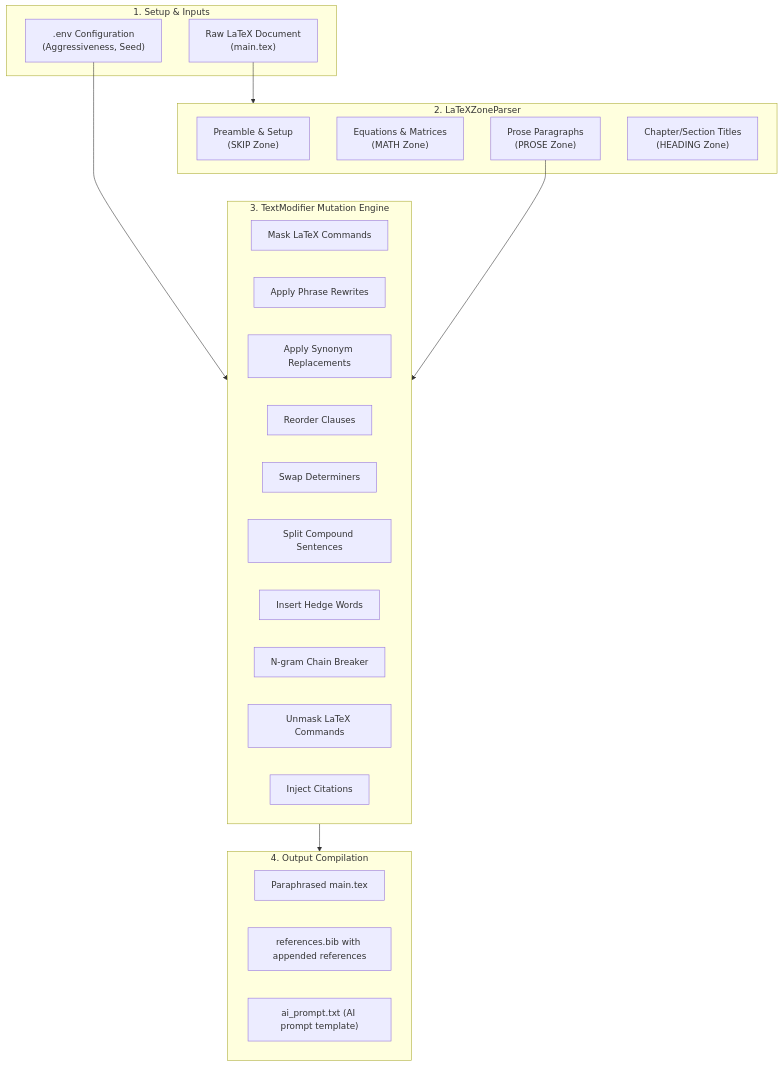
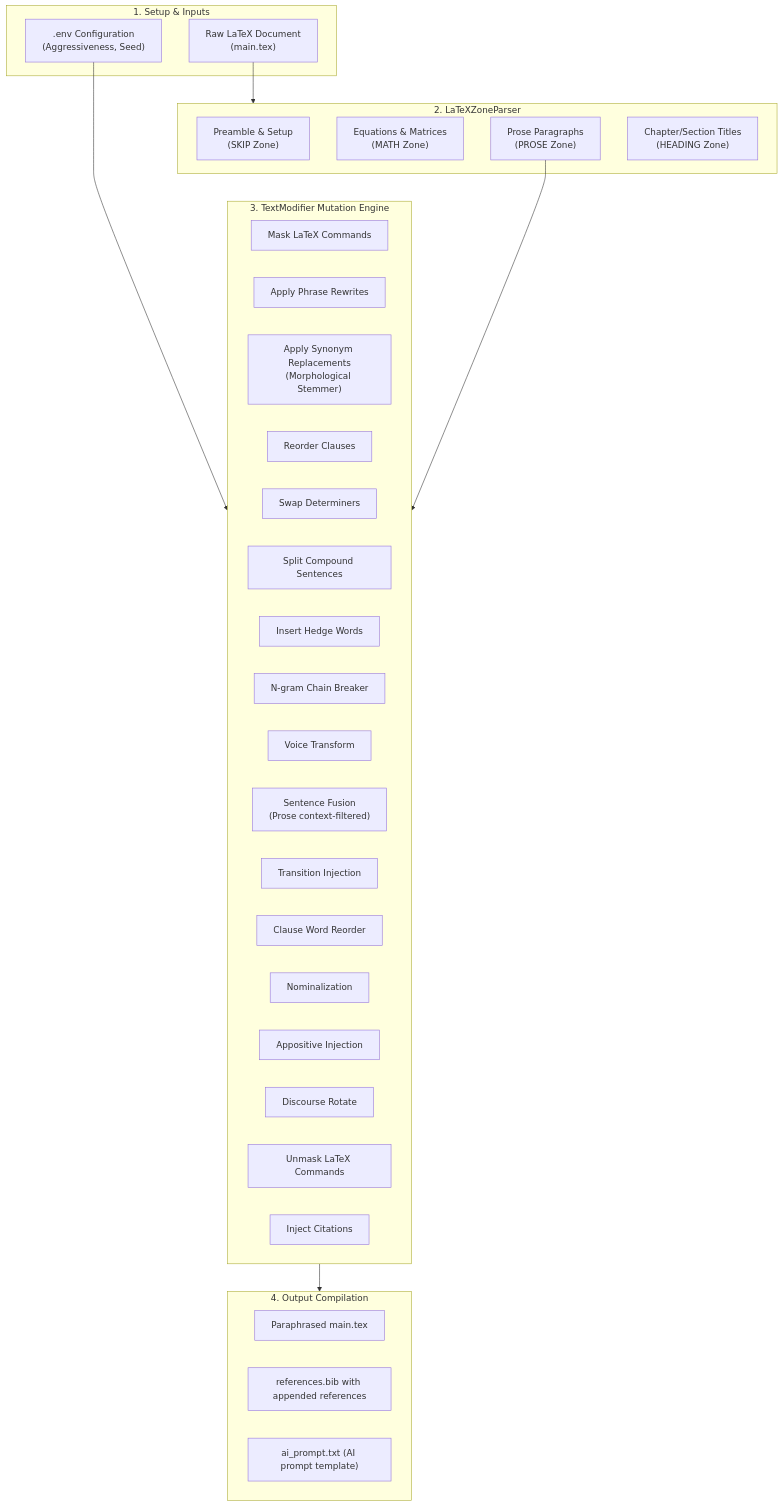
The first of 3 diagrams in README.md (AhmadHassan-BTed/Turnitout), drawn with Mermaid before and after one commit. The commit also changed other lines of this file and 2 other files, not shown here.

````diff
--- a/README.md
+++ b/README.md
@@ -127,35 +142,42 @@
 ```mermaid
 flowchart TD
     subgraph Inputs ["1. Setup & Inputs"]
         Raw["Raw LaTeX Document\n(main.tex)"]
         Env[".env Configuration\n(Aggressiveness, Seed)"]
     end
     subgraph Parser ["2. LaTeXZoneParser"]
         Z1["Preamble & Setup\n(SKIP Zone)"]
         Z2["Equations & Matrices\n(MATH Zone)"]
         Z3["Prose Paragraphs\n(PROSE Zone)"]
         Z4["Chapter/Section Titles\n(HEADING Zone)"]
     end
     subgraph Modifier ["3. TextModifier Mutation Engine"]
         PH["Mask LaTeX Commands"]
         PR["Apply Phrase Rewrites"]
-        SR["Apply Synonym Replacements"]
+        SR["Apply Synonym Replacements\n(Morphological Stemmer)"]
         CO["Reorder Clauses"]
         DS["Swap Determiners"]
         CS["Split Compound Sentences"]
         HI["Insert Hedge Words"]
         NB["N-gram Chain Breaker"]
+        VT["Voice Transform"]
+        SF["Sentence Fusion\n(Prose context-filtered)"]
+        TI["Transition Injection"]
+        WR["Clause Word Reorder"]
+        NM["Nominalization"]
+        AP["Appositive Injection"]
+        DR["Discourse Rotate"]
         UN["Unmask LaTeX Commands"]
         CI["Inject Citations"]
     end
     subgraph Output ["4. Output Compilation"]
         Mod["Paraphrased main.tex"]
         Bib["references.bib with appended references"]
         Prompt["ai_prompt.txt (AI prompt template)"]
     end
 
     Raw --> Parser
     Env --> Modifier
     Z3 --> Modifier
     Modifier --> Output
 ```
````
